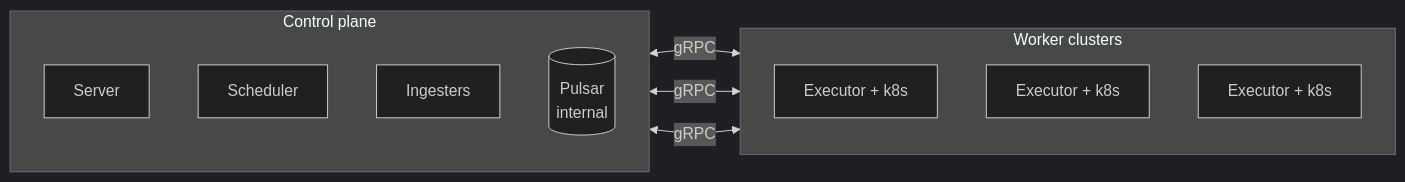
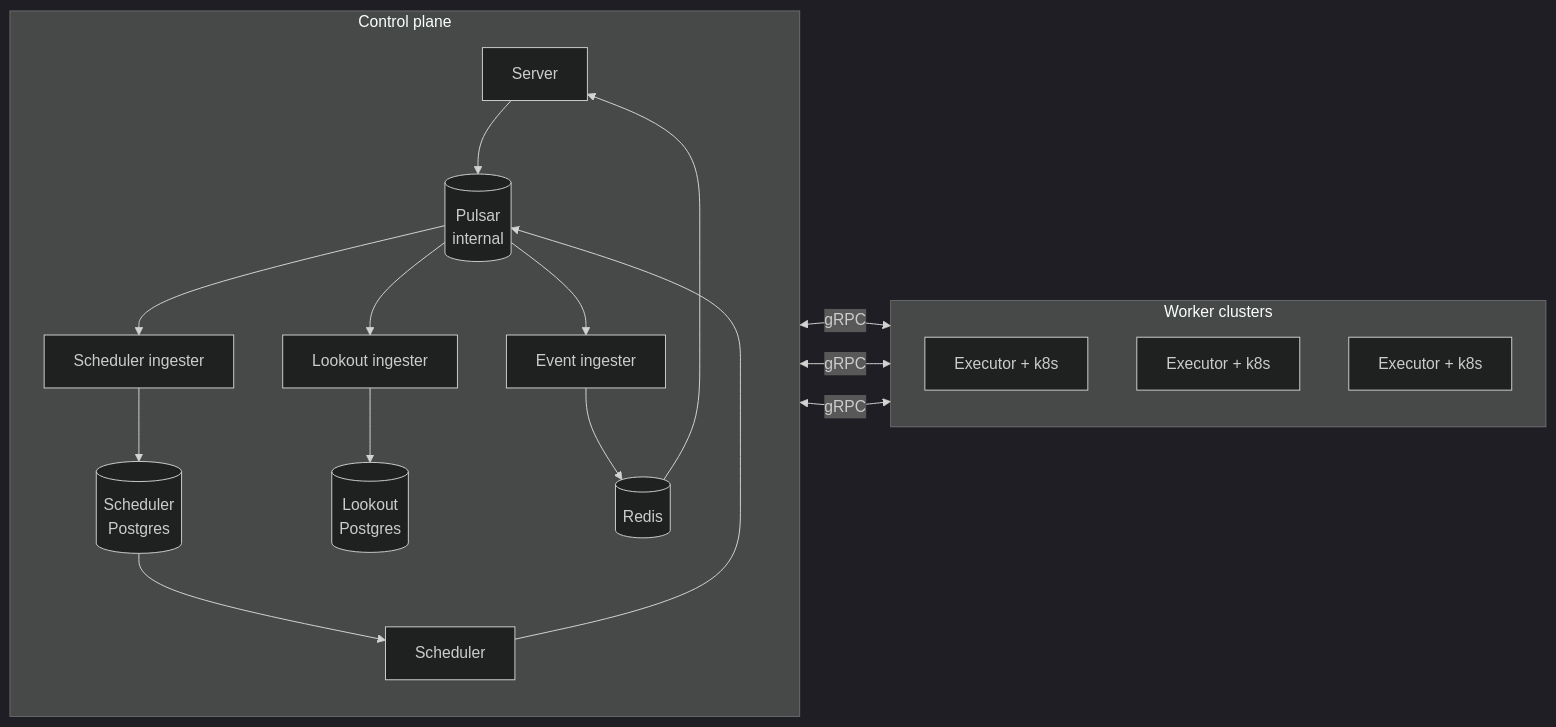
The first of 12 diagrams in docs/developer/job-lifecycle-events.md (armadaproject/armada), drawn with Mermaid (dark theme) before and after one commit. The commit also changed other lines of this file, not shown here.

````diff
--- a/docs/developer/job-lifecycle-events.md
+++ b/docs/developer/job-lifecycle-events.md
@@ -28,19 +33,34 @@
 ```mermaid
 flowchart LR
     subgraph CP["Control plane"]
         direction TB
         S[Server]
         Sc[Scheduler]
-        I[Ingesters]
         P[(Pulsar<br/>internal)]
+        SI[Scheduler ingester]
+        LI[Lookout ingester]
+        EI[Event ingester]
+        SD[(Scheduler<br/>Postgres)]
+        LD[(Lookout<br/>Postgres)]
+        R[(Redis)]
+        S --> P
+        Sc --> P
+        P --> SI
+        P --> LI
+        P --> EI
+        SI --> SD
+        SD --> Sc
+        LI --> LD
+        EI --> R
+        R --> S
     end
     subgraph Workers["Worker clusters"]
         direction TB
         E1[Executor + k8s]
         E2[Executor + k8s]
         E3[Executor + k8s]
     end
     Sc <-->|gRPC| E1
     Sc <-->|gRPC| E2
     Sc <-->|gRPC| E3
 ```
````
